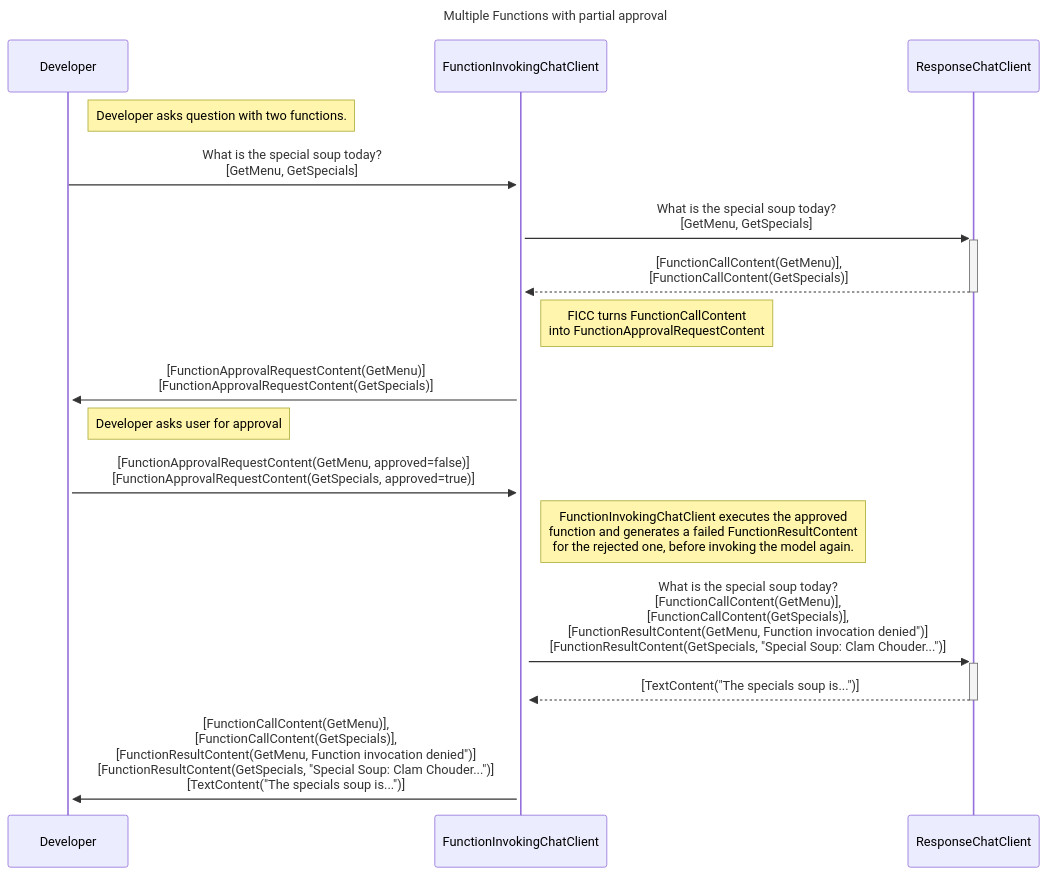
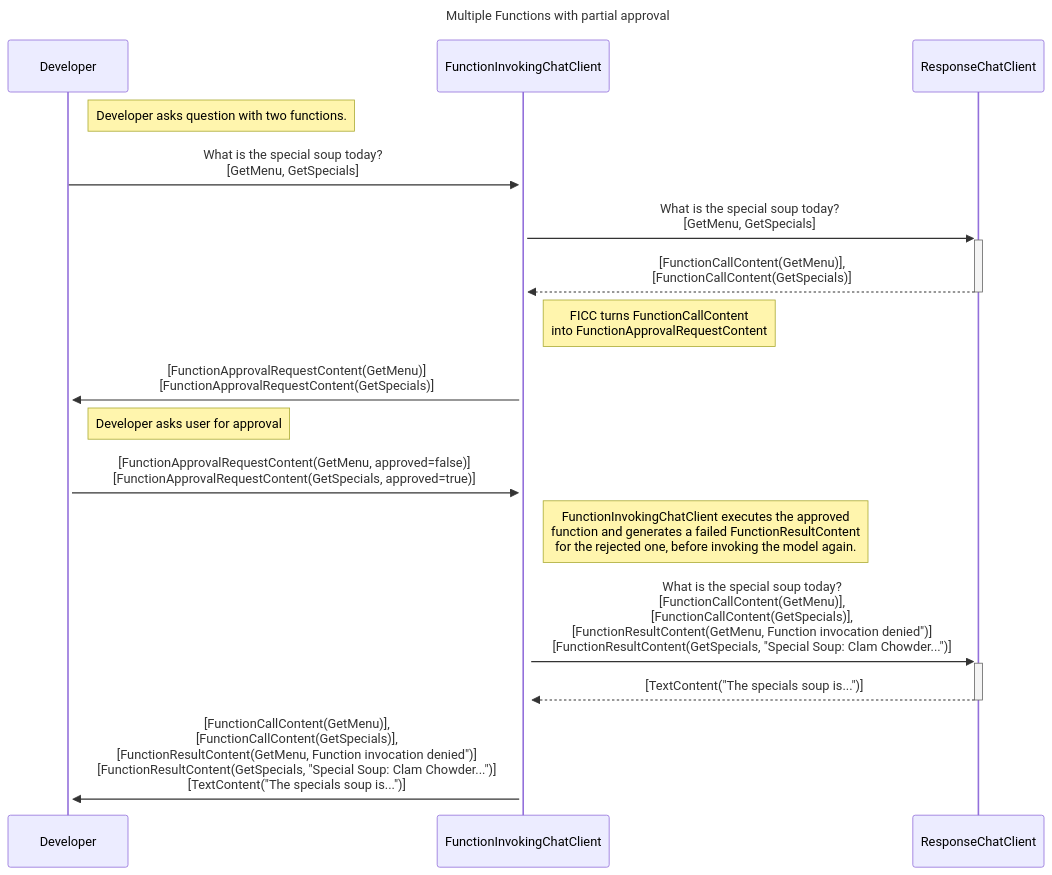
One commit to microsoft/agent-framework changed the first of 3 diagrams in docs/decisions/0006-userapproval.md. Above: the diagram before and after it, drawn with Mermaid. The commit also changed other lines of this file, not shown here.

````diff
--- a/docs/decisions/0006-userapproval.md
+++ b/docs/decisions/0006-userapproval.md
@@ -424,22 +424,22 @@
 ```mermaid
 ---
 title: Multiple Functions with partial approval
 ---
 
 sequenceDiagram
     note right of Developer: Developer asks question with two functions.
     Developer->>+FunctionInvokingChatClient: What is the special soup today?<br/>[GetMenu, GetSpecials]
     FunctionInvokingChatClient->>+ResponseChatClient: What is the special soup today?<br/>[GetMenu, GetSpecials]
 
     ResponseChatClient-->>-FunctionInvokingChatClient: [FunctionCallContent(GetMenu)],<br/>[FunctionCallContent(GetSpecials)]
     note right of FunctionInvokingChatClient: FICC turns FunctionCallContent<br/>into FunctionApprovalRequestContent
     FunctionInvokingChatClient->>+Developer: [FunctionApprovalRequestContent(GetMenu)]<br/>[FunctionApprovalRequestContent(GetSpecials)]
 
     note right of Developer:Developer asks user for approval
     Developer->>+FunctionInvokingChatClient: [FunctionApprovalRequestContent(GetMenu, approved=false)]<br/>[FunctionApprovalRequestContent(GetSpecials, approved=true)]
     note right of FunctionInvokingChatClient:FunctionInvokingChatClient executes the approved<br/>function and generates a failed FunctionResultContent<br/>for the rejected one, before invoking the model again.
-    FunctionInvokingChatClient->>+ResponseChatClient: What is the special soup today?<br/>[FunctionCallContent(GetMenu)],<br/>[FunctionCallContent(GetSpecials)],<br/>[FunctionResultContent(GetMenu, Function invocation denied")]<br/>[FunctionResultContent(GetSpecials, "Special Soup: Clam Chouder...")]
+    FunctionInvokingChatClient->>+ResponseChatClient: What is the special soup today?<br/>[FunctionCallContent(GetMenu)],<br/>[FunctionCallContent(GetSpecials)],<br/>[FunctionResultContent(GetMenu, Function invocation denied")]<br/>[FunctionResultContent(GetSpecials, "Special Soup: Clam Chowder...")]
 
     ResponseChatClient-->>-FunctionInvokingChatClient: [TextContent("The specials soup is...")]
-    FunctionInvokingChatClient->>+Developer: [FunctionCallContent(GetMenu)],<br/>[FunctionCallContent(GetSpecials)],<br/>[FunctionResultContent(GetMenu, Function invocation denied")]<br/>[FunctionResultContent(GetSpecials, "Special Soup: Clam Chouder...")]<br/>[TextContent("The specials soup is...")]
+    FunctionInvokingChatClient->>+Developer: [FunctionCallContent(GetMenu)],<br/>[FunctionCallContent(GetSpecials)],<br/>[FunctionResultContent(GetMenu, Function invocation denied")]<br/>[FunctionResultContent(GetSpecials, "Special Soup: Clam Chowder...")]<br/>[TextContent("The specials soup is...")]
 ```
````
